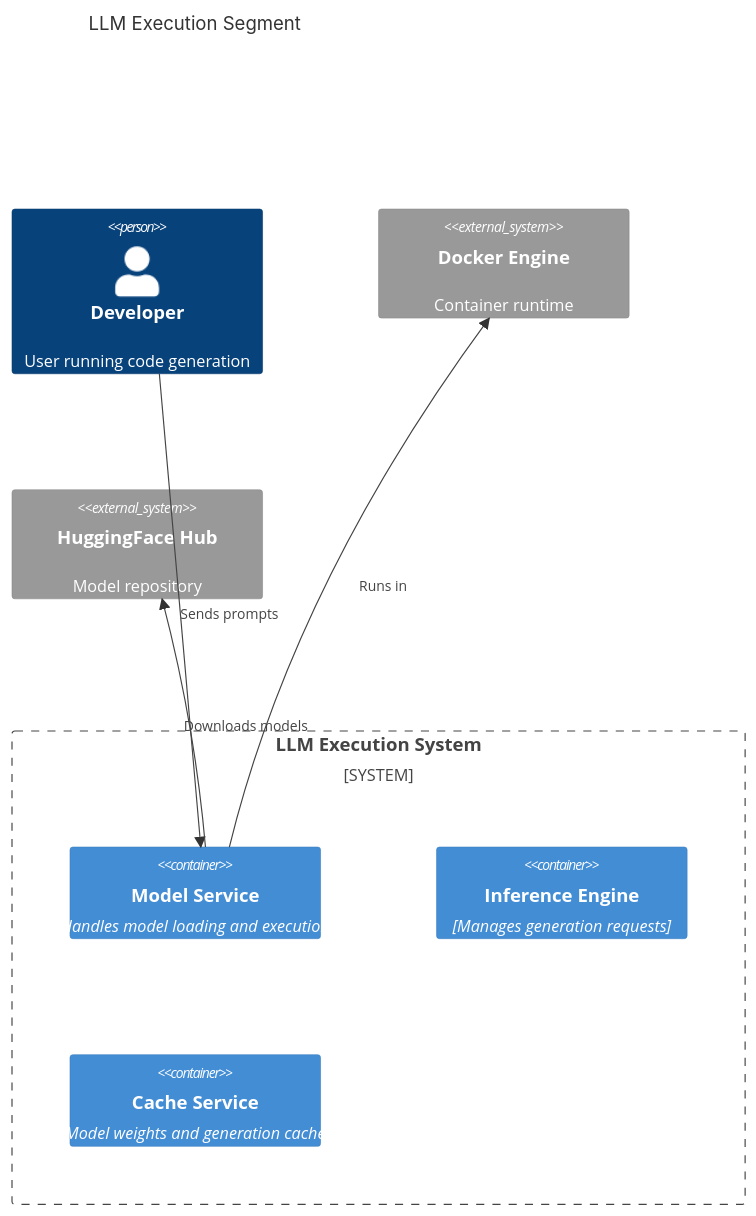
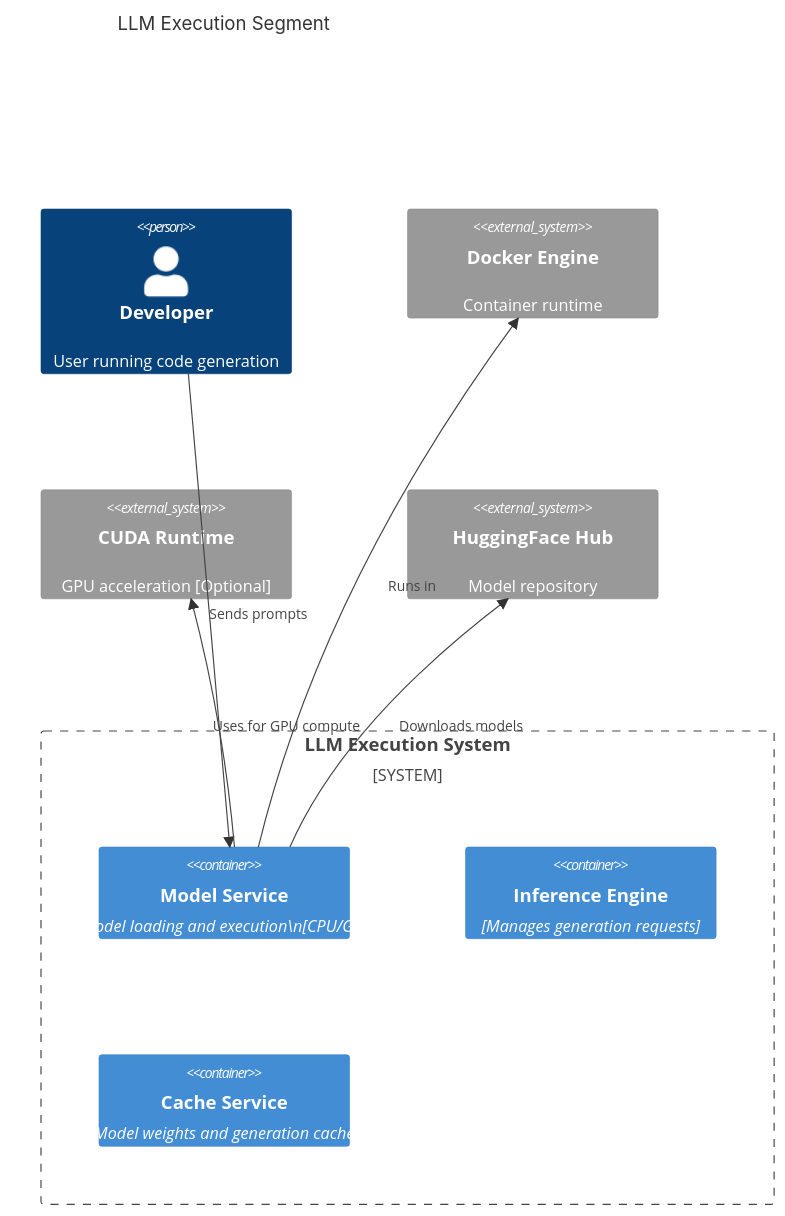
One commit to zhifengzhang-sz/qi-v2-dp changed the first of 4 diagrams in services/ai/llm-service/docs/design/overview.md. Above: the diagram before and after it, drawn with Mermaid. The commit also changed other lines of this file and 14 other files, not shown here.

````diff
--- a/services/ai/llm-service/docs/design/overview.md
+++ b/services/ai/llm-service/docs/design/overview.md
@@ -6,19 +11,21 @@
 ```mermaid
 C4Context
     title LLM Execution Segment
 
     Person(user, "Developer", "User running code generation")
-    
+
     System_Boundary(llm, "LLM Execution System") {
-        Container(model, "Model Service", "Handles model loading and execution")
+        Container(model, "Model Service", "Handles model loading and execution\n[CPU/GPU modes]")
         Container(inference, "Inference Engine", "Manages generation requests")
         Container(cache, "Cache Service", "Model weights and generation cache")
     }
-    
+
     System_Ext(docker, "Docker Engine", "Container runtime")
+    System_Ext(cuda, "CUDA Runtime", "GPU acceleration [Optional]")
     System_Ext(huggingface, "HuggingFace Hub", "Model repository")
 
     Rel(user, model, "Sends prompts")
     Rel(model, huggingface, "Downloads models")
     Rel(model, docker, "Runs in")
+    Rel(model, cuda, "Uses for GPU compute")
 ```
````
